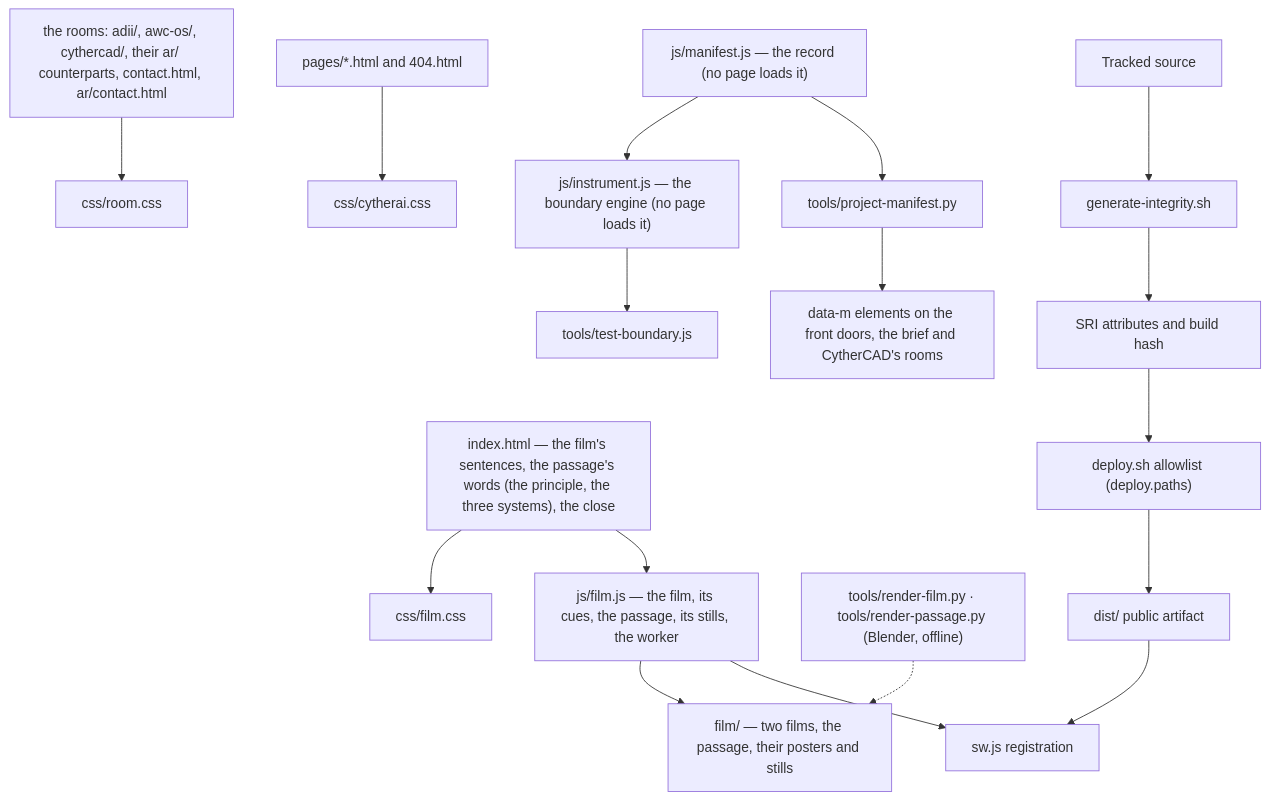
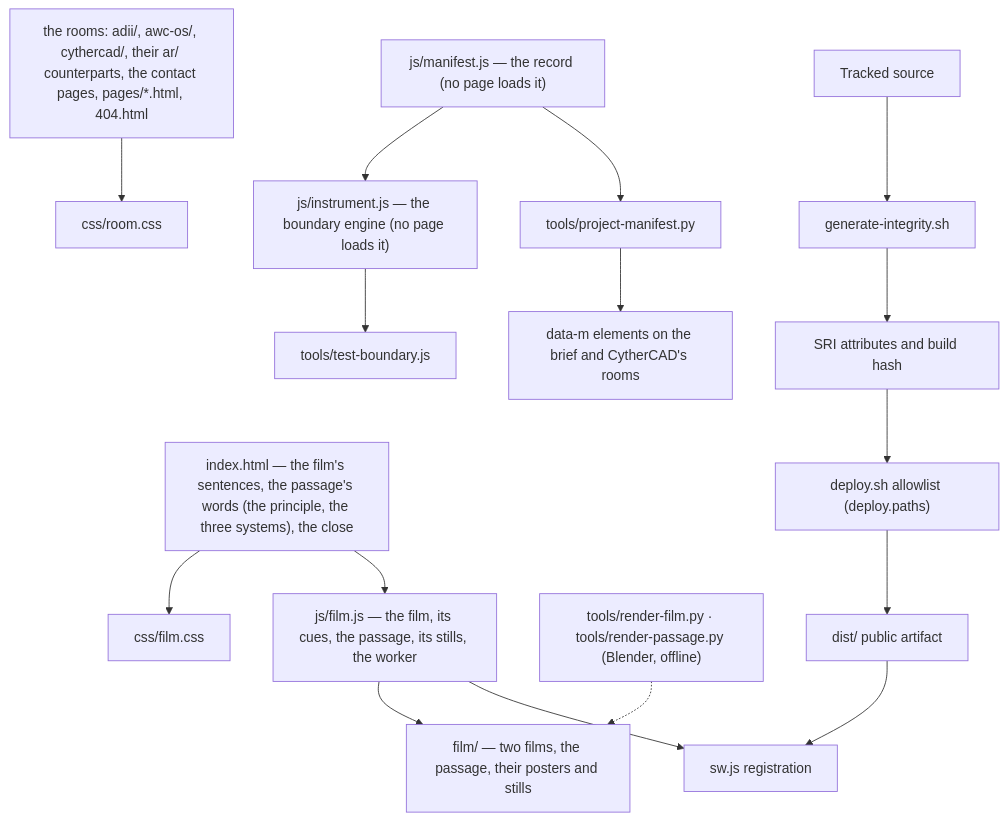
Before and after one commit to AethersDev/CytherAI: the diagram in docs/architecture.md, drawn with Mermaid. The commit also changed other lines of this file and 45 other files, not shown here.

Commit message:
release: the brief, legal pages and 404 as rooms; claims corrected against their own records; search, zoom and operations (build 9BD0C72EFFCAE053)

````diff
--- a/docs/architecture.md
+++ b/docs/architecture.md
@@ -22,22 +22,21 @@
 ```mermaid
 flowchart TD
   I["index.html — the film's sentences, the passage's words (the principle, the three systems), the close"] --> CSS2["css/film.css"]
   I --> F["js/film.js — the film, its cues, the passage, its stills, the worker"]
   F --> MED["film/ — two films, the passage, their posters and stills"]
   F --> SW["sw.js registration"]
   RF["tools/render-film.py · tools/render-passage.py (Blender, offline)"] -.-> MED
 
-  RM["the rooms: adii/, awc-os/, cythercad/, their ar/ counterparts, contact.html, ar/contact.html"] --> ROOM["css/room.css"]
-  P["pages/*.html and 404.html"] --> CSS["css/cytherai.css"]
+  RM["the rooms: adii/, awc-os/, cythercad/, their ar/ counterparts, the contact pages, pages/*.html, 404.html"] --> ROOM["css/room.css"]
 
   M["js/manifest.js — the record (no page loads it)"] --> B["js/instrument.js — the boundary engine (no page loads it)"]
   B --> TB["tools/test-boundary.js"]
 
   SRC["Tracked source"] --> SRI["generate-integrity.sh"]
   SRI --> ID["SRI attributes and build hash"]
   ID --> DEP["deploy.sh allowlist (deploy.paths)"]
   DEP --> DIST["dist/ public artifact"]
   DIST --> SW
 
-  M --> PM["tools/project-manifest.py"] --> DM["data-m elements on the front doors, the brief and CytherCAD's rooms"]
+  M --> PM["tools/project-manifest.py"] --> DM["data-m elements on the brief and CytherCAD's rooms"]
 ```
````
